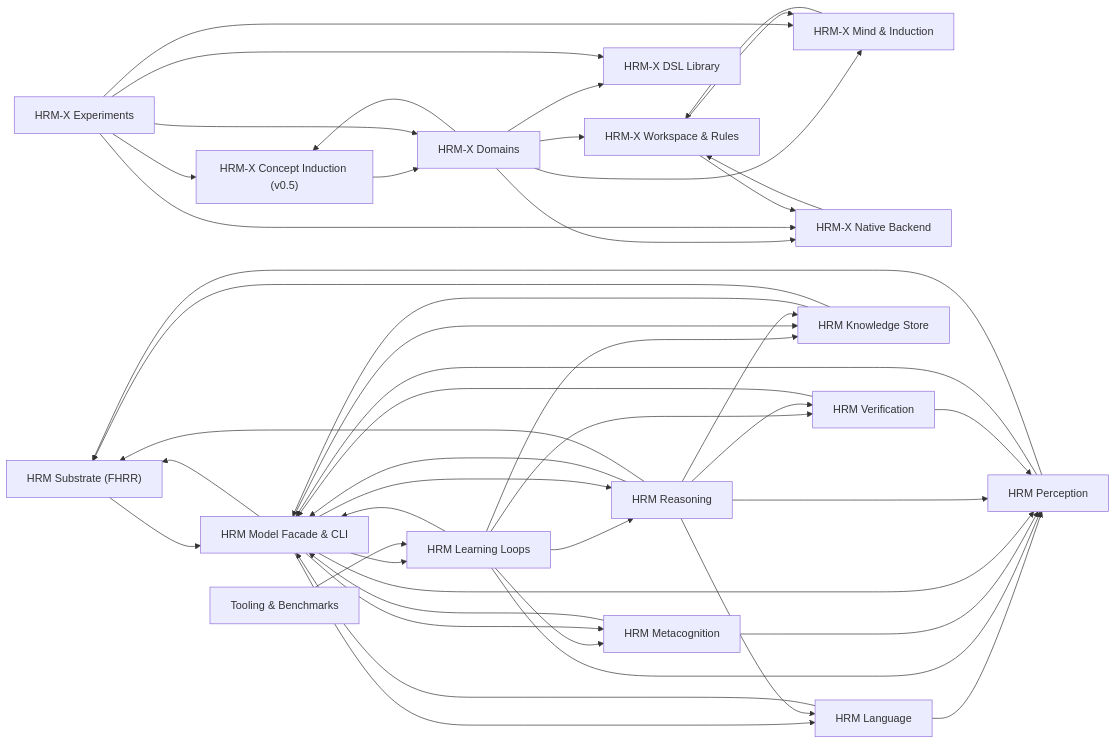
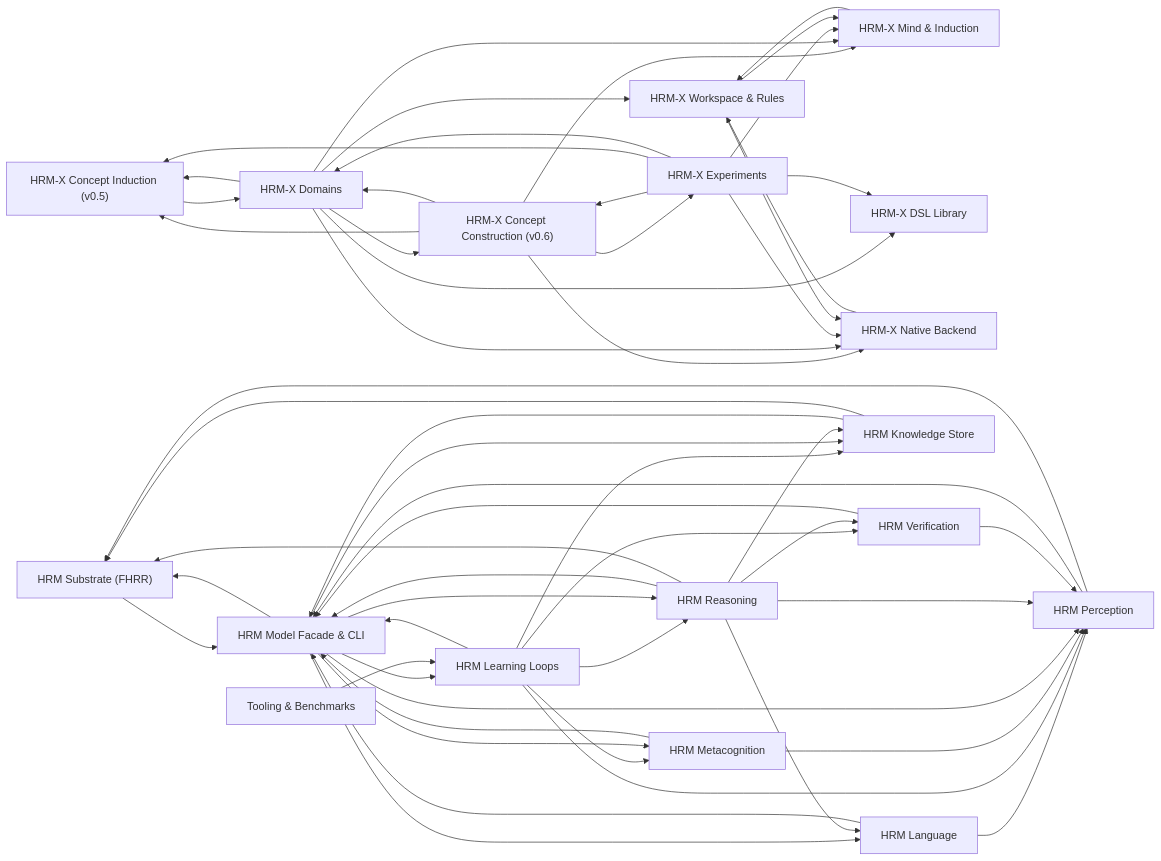
The diagram in vault/09 - Code Map/00 - Code Subsystems.md (QuangNguyenPT/Demo-Equilibrium), drawn with Mermaid before and after one commit. The commit also changed other lines of this file and 48 other files, not shown here.

````diff
--- a/vault/09 - Code Map/00 - Code Subsystems.md
+++ b/vault/09 - Code Map/00 - Code Subsystems.md
@@ -46,66 +47,74 @@
 ```mermaid
 flowchart LR
   S0["HRM-X Workspace & Rules"]
   S1["HRM-X Mind & Induction"]
   S2["HRM-X DSL Library"]
   S3["HRM-X Concept Induction (v0.5)"]
-  S4["HRM-X Domains"]
-  S5["HRM-X Native Backend"]
-  S6["HRM-X Experiments"]
-  S7["HRM Substrate (FHRR)"]
-  S8["HRM Perception"]
-  S9["HRM Reasoning"]
-  S10["HRM Verification"]
-  S11["HRM Knowledge Store"]
-  S12["HRM Language"]
-  S13["HRM Metacognition"]
-  S14["HRM Learning Loops"]
-  S15["HRM Model Facade & CLI"]
-  S16["Tooling & Benchmarks"]
-  S11 --> S15
-  S11 --> S7
-  S12 --> S15
+  S4["HRM-X Concept Construction (v0.6)"]
+  S5["HRM-X Domains"]
+  S6["HRM-X Native Backend"]
+  S7["HRM-X Experiments"]
+  S8["HRM Substrate (FHRR)"]
+  S9["HRM Perception"]
+  S10["HRM Reasoning"]
+  S11["HRM Verification"]
+  S12["HRM Knowledge Store"]
+  S13["HRM Language"]
+  S14["HRM Metacognition"]
+  S15["HRM Learning Loops"]
+  S16["HRM Model Facade & CLI"]
+  S17["Tooling & Benchmarks"]
+  S12 --> S16
   S12 --> S8
-  S14 --> S11
-  S14 --> S13
-  S14 --> S15
-  S14 --> S8
-  S14 --> S9
-  S14 --> S10
-  S13 --> S15
-  S13 --> S8
-  S15 --> S11
+  S13 --> S16
+  S13 --> S9
   S15 --> S12
   S15 --> S14
-  S15 --> S13
-  S15 --> S8
+  S15 --> S16
   S15 --> S9
-  S15 --> S7
-  S8 --> S15
-  S8 --> S7
-  S9 --> S11
-  S9 --> S12
-  S9 --> S15
+  S15 --> S10
+  S15 --> S11
+  S14 --> S16
+  S14 --> S9
+  S16 --> S12
+  S16 --> S13
+  S16 --> S15
+  S16 --> S14
+  S16 --> S9
+  S16 --> S10
+  S16 --> S8
+  S9 --> S16
   S9 --> S8
-  S9 --> S7
-  S9 --> S10
-  S7 --> S15
-  S10 --> S15
+  S10 --> S12
+  S10 --> S13
+  S10 --> S16
+  S10 --> S9
   S10 --> S8
-  S3 --> S4
+  S10 --> S11
+  S8 --> S16
+  S11 --> S16
+  S11 --> S9
   S4 --> S3
-  S4 --> S2
+  S4 --> S5
+  S4 --> S7
   S4 --> S1
-  S4 --> S5
-  S4 --> S0
-  S6 --> S3
-  S6 --> S2
-  S6 --> S4
-  S6 --> S1
-  S6 --> S5
+  S4 --> S6
+  S3 --> S5
+  S5 --> S4
+  S5 --> S3
+  S5 --> S2
+  S5 --> S1
+  S5 --> S6
+  S5 --> S0
+  S7 --> S4
+  S7 --> S3
+  S7 --> S2
+  S7 --> S5
+  S7 --> S1
+  S7 --> S6
   S1 --> S0
-  S5 --> S0
+  S6 --> S0
   S0 --> S1
-  S0 --> S5
-  S16 --> S14
+  S0 --> S6
+  S17 --> S15
 ```
````
